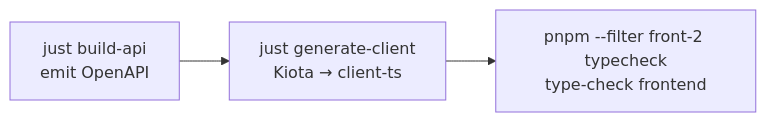
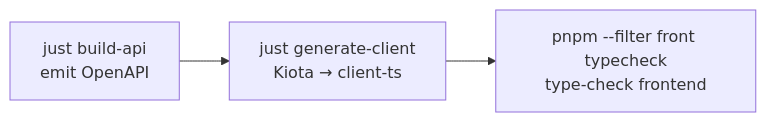
The second of 2 diagrams in README.md (PublyApp/publyapp), drawn with Mermaid before and after one commit. The commit also changed other lines of this file and 34 other files, not shown here.

````diff
--- a/README.md
+++ b/README.md
@@ -165,4 +165,4 @@
 ```mermaid
 flowchart LR
-    A["just build-api<br/>emit OpenAPI"] --> B["just generate-client<br/>Kiota → client-ts"] --> C["pnpm --filter front-2 typecheck<br/>type-check frontend"]
+    A["just build-api<br/>emit OpenAPI"] --> B["just generate-client<br/>Kiota → client-ts"] --> C["pnpm --filter front typecheck<br/>type-check frontend"]
 ```
````
